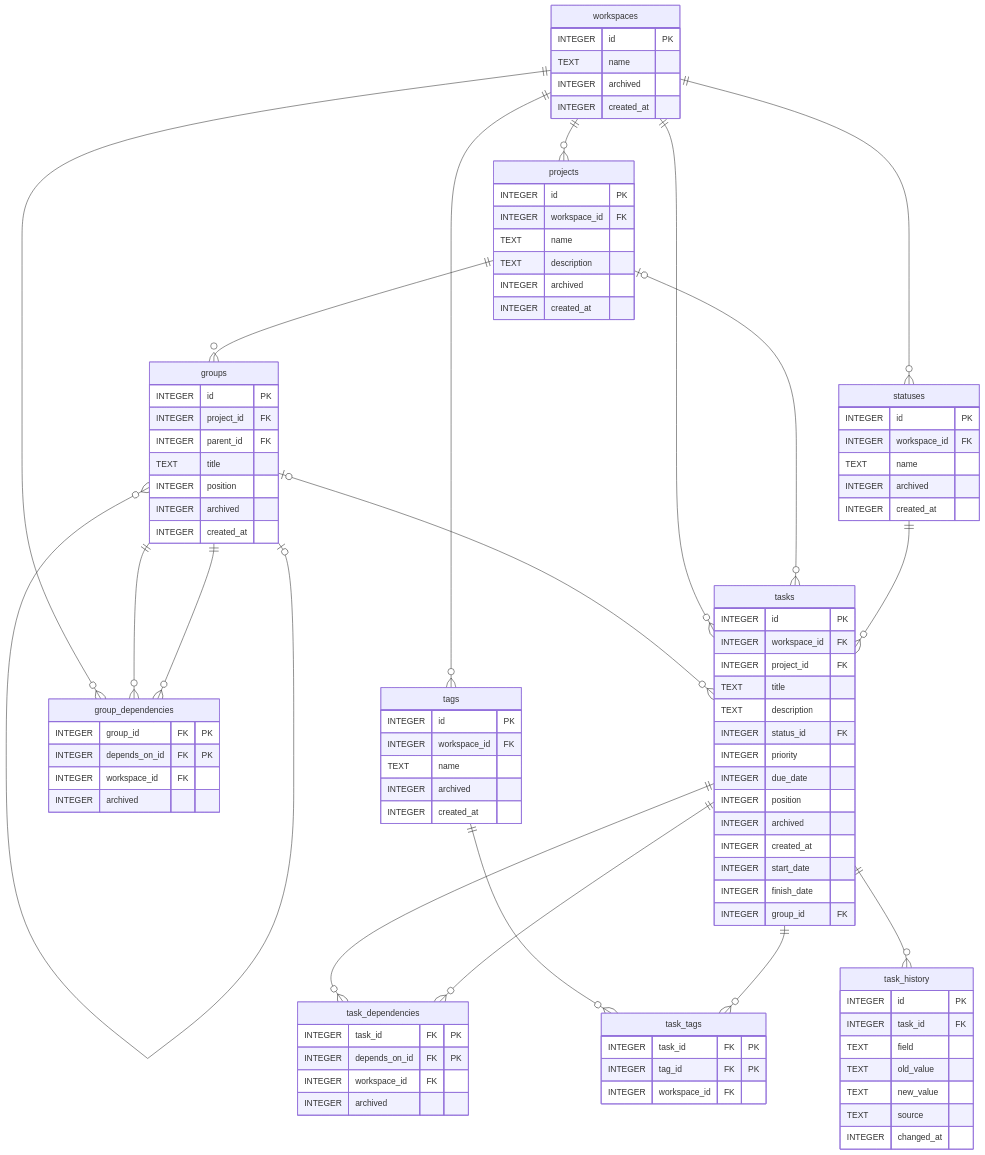
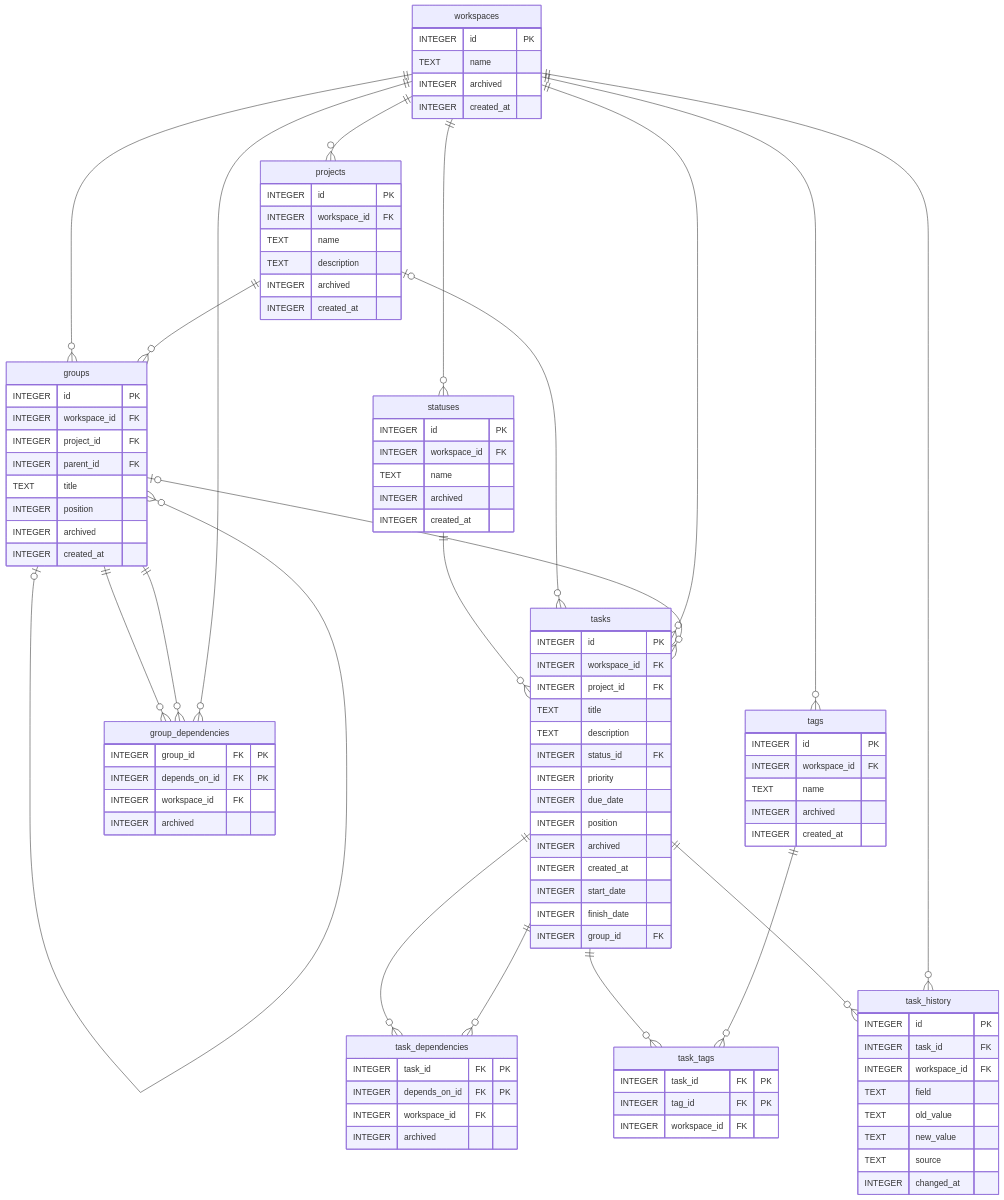
Before and after one commit to phansen314/stx: the diagram in docs/erd.md, drawn with Mermaid. The commit also changed 14 other files, not shown here.

First line of the commit message:
add workspace_id to groups and task_history tables

```diff
--- a/docs/erd.md
+++ b/docs/erd.md
@@ -2,6 +2,7 @@
 erDiagram
     workspaces ||--o{ projects : ""
     workspaces ||--o{ statuses : ""
+    workspaces ||--o{ groups : ""
     groups |o--o{ groups : ""
     projects ||--o{ groups : ""
     statuses ||--o{ tasks : ""
@@ -17,6 +18,7 @@
     tasks ||--o{ task_tags : ""
     tags ||--o{ task_tags : ""
     tasks ||--o{ task_history : ""
+    workspaces ||--o{ task_history : ""
 
     workspaces {
         INTEGER id PK
@@ -44,6 +46,7 @@
 
     groups {
         INTEGER id PK
+        INTEGER workspace_id FK
         INTEGER project_id FK
         INTEGER parent_id FK
         TEXT title
@@ -100,6 +103,7 @@
     task_history {
         INTEGER id PK
         INTEGER task_id FK
+        INTEGER workspace_id FK
         TEXT field
         TEXT old_value
         TEXT new_value
```
